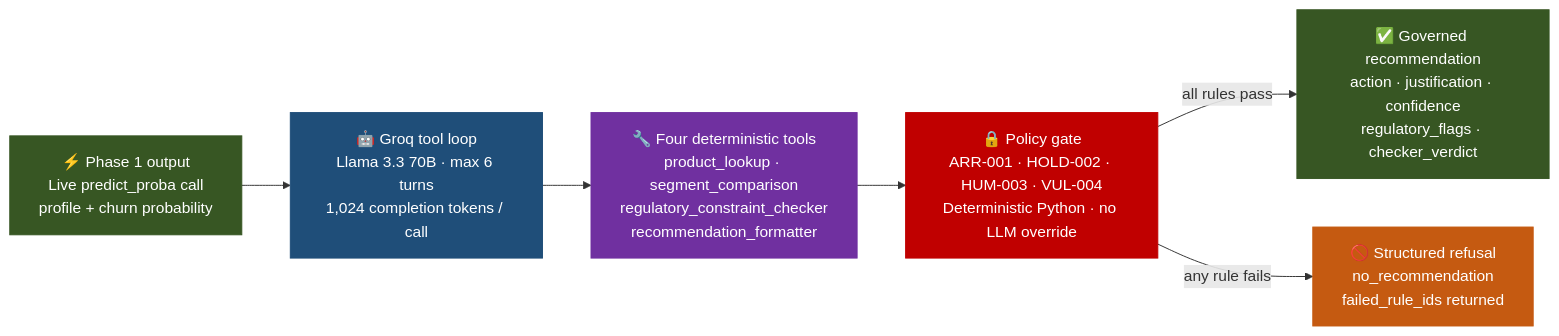
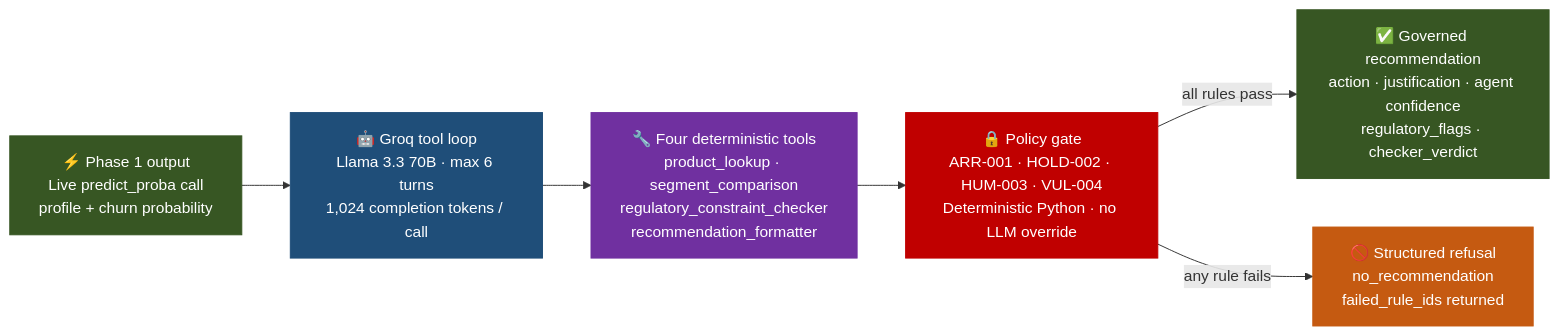
One commit to abinashprasana/irish-banking-churn changed the second of 2 diagrams in README.md. Above: the diagram before and after it, drawn with Mermaid. The commit also changed other lines of this file and 14 other files, not shown here.

````diff
--- a/README.md
+++ b/README.md
@@ -189,20 +164,20 @@
 ```mermaid
 flowchart LR
     A["⚡ Phase 1 output\nLive predict_proba call\nprofile + churn probability"]
     B["🤖 Groq tool loop\nLlama 3.3 70B · max 6 turns\n1,024 completion tokens / call"]
     C["🔧 Four deterministic tools\nproduct_lookup · segment_comparison\nregulatory_constraint_checker\nrecommendation_formatter"]
     D["🔒 Policy gate\nARR-001 · HOLD-002 · HUM-003 · VUL-004\nDeterministic Python · no LLM override"]
-    E["✅ Governed recommendation\naction · justification · confidence\nregulatory_flags · checker_verdict"]
+    E["✅ Governed recommendation\naction · justification · agent confidence\nregulatory_flags · checker_verdict"]
     F["🚫 Structured refusal\nno_recommendation\nfailed_rule_ids returned"]
 
     A --> B --> C --> D
     D -->|all rules pass| E
     D -->|any rule fails| F
 
     style A fill:#375623,color:#ffffff,stroke:#375623
     style B fill:#1f4e79,color:#ffffff,stroke:#1f4e79
     style C fill:#7030a0,color:#ffffff,stroke:#7030a0
     style D fill:#c00000,color:#ffffff,stroke:#c00000
     style E fill:#375623,color:#ffffff,stroke:#375623
     style F fill:#c55a11,color:#ffffff,stroke:#c55a11
 ```
````
